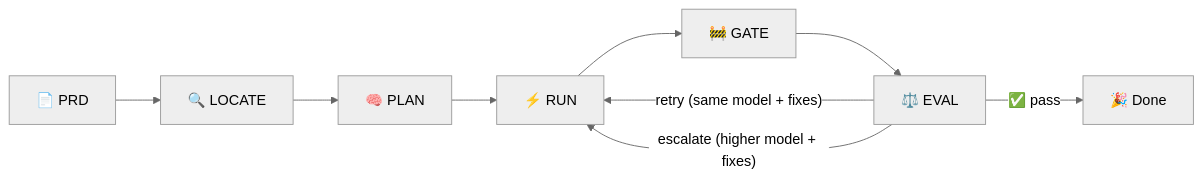
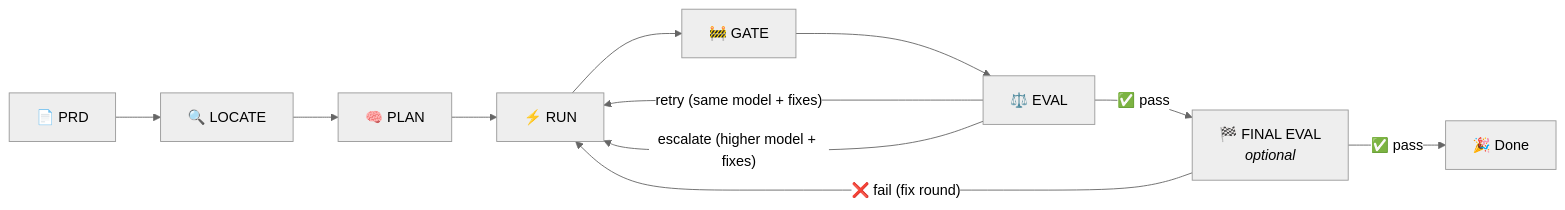
Before and after one commit to EvertonTomalok/splinter: the third of 4 diagrams in README.md, drawn with Mermaid (neutral theme). The commit also changed other lines of this file and 2 other files, not shown here.

First line of the commit message:
docs: refresh README for four providers and final eval gate

````diff
--- a/README.md
+++ b/README.md
@@ -11,11 +58,13 @@
 ```mermaid
 flowchart LR
     PRD["📄 PRD"] --> LOCATE["🔍 LOCATE"]
     LOCATE --> PLAN["🧠 PLAN"]
     PLAN --> RUN["⚡ RUN"]
     RUN --> GATE["🚧 GATE"]
     GATE --> EVAL["⚖️ EVAL"]
     EVAL -- "retry (same model + fixes)" --> RUN
     EVAL -- "escalate (higher model + fixes)" --> RUN
-    EVAL -- "✅ pass" --> DONE["🎉 Done"]
+    EVAL -- "✅ pass" --> FINAL["🏁 FINAL EVAL<br/><i>optional</i>"]
+    FINAL -- "❌ fail (fix round)" --> RUN
+    FINAL -- "✅ pass" --> DONE["🎉 Done"]
 ```
````
